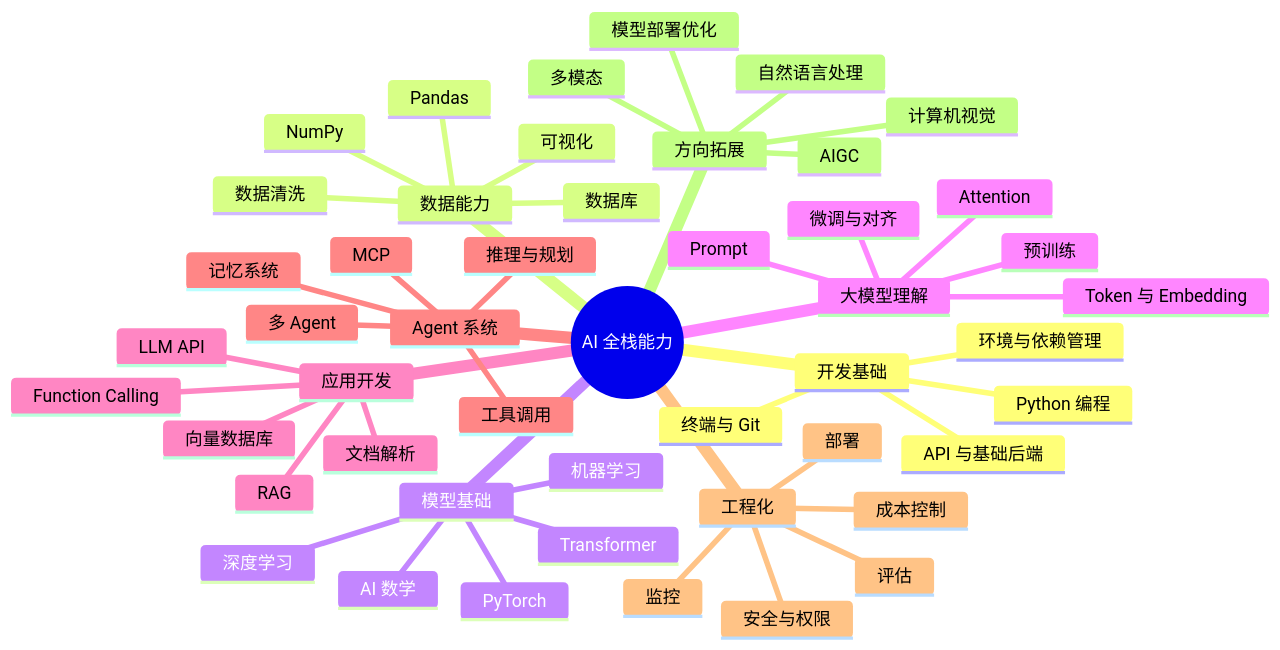
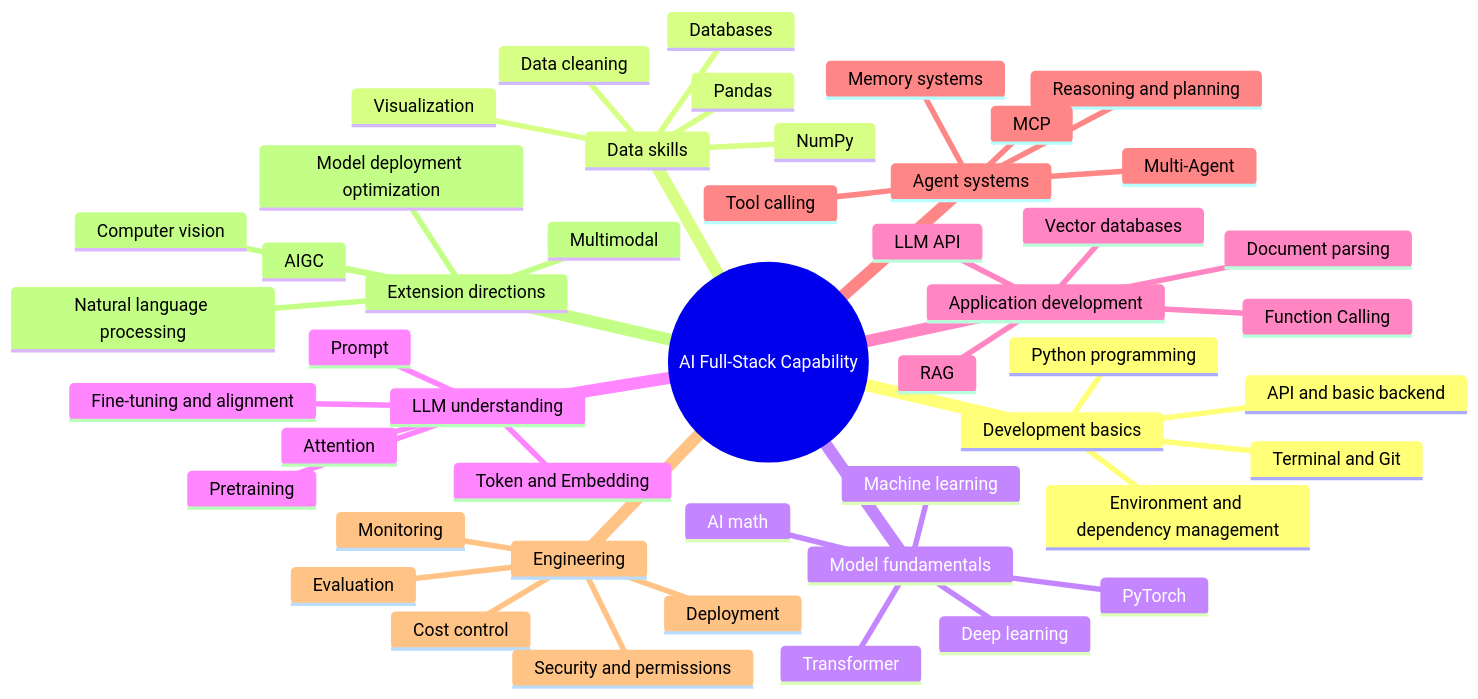
The diagram in docs/intro/ai-fullstack-map.md (oudbiao/AI-fullstack-course), drawn with Mermaid before and after one commit. The commit also changed other lines of this file and 1406 other files, not shown here.

````diff
--- a/docs/intro/ai-fullstack-map.md
+++ b/docs/intro/ai-fullstack-map.md
@@ -30,51 +30,51 @@
 ```mermaid
 mindmap
-  root((AI 全栈能力))
-    开发基础
-      终端与 Git
-      Python 编程
-      环境与依赖管理
-      API 与基础后端
-    数据能力
+  root((AI Full-Stack Capability))
+    Development basics
+      Terminal and Git
+      Python programming
+      Environment and dependency management
+      API and basic backend
+    Data skills
       NumPy
       Pandas
-      数据清洗
-      可视化
-      数据库
-    模型基础
-      AI 数学
-      机器学习
-      深度学习
+      Data cleaning
+      Visualization
+      Databases
+    Model fundamentals
+      AI math
+      Machine learning
+      Deep learning
       PyTorch
       Transformer
-    大模型理解
-      Token 与 Embedding
+    LLM understanding
+      Token and Embedding
       Attention
-      预训练
+      Pretraining
       Prompt
-      微调与对齐
-    应用开发
+      Fine-tuning and alignment
+    Application development
       LLM API
       Function Calling
       RAG
-      文档解析
-      向量数据库
-    Agent 系统
-      推理与规划
-      工具调用
-      记忆系统
+      Document parsing
+      Vector databases
+    Agent systems
+      Reasoning and planning
+      Tool calling
+      Memory systems
       MCP
-      多 Agent
-    工程化
-      部署
-      监控
-      评估
-      成本控制
-      安全与权限
-    方向拓展
-      计算机视觉
-      自然语言处理
-      多模态
+      Multi-Agent
+    Engineering
+      Deployment
+      Monitoring
+      Evaluation
+      Cost control
+      Security and permissions
+    Extension directions
+      Computer vision
+      Natural language processing
+      Multimodal
       AIGC
-      模型部署优化
+      Model deployment optimization
 ```
````
